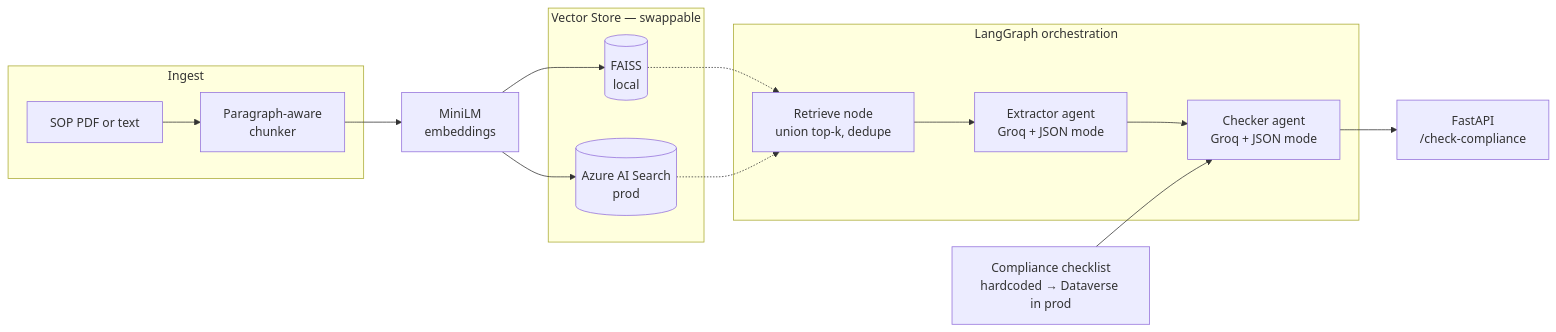
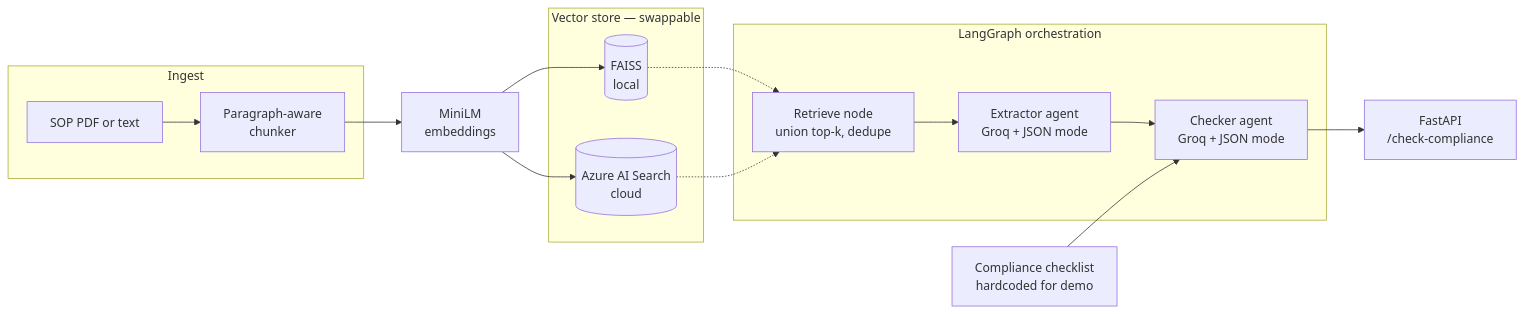
Before and after one commit to anandh1709/sop-compliance-agent: the diagram in README.md, drawn with Mermaid. The commit also changed other lines of this file, not shown here.

````diff
--- a/README.md
+++ b/README.md
@@ -47,27 +54,27 @@
 ```mermaid
 flowchart LR
     subgraph Ingest
         PDF[SOP PDF or text] --> Chunk[Paragraph-aware<br/>chunker]
     end
 
-    subgraph Index [Vector Store — swappable]
+    subgraph VectorStore [Vector store — swappable]
         FAISS[(FAISS<br/>local)]
-        Azure[(Azure AI Search<br/>prod)]
+        Azure[(Azure AI Search<br/>cloud)]
     end
 
     Chunk --> Embed[MiniLM<br/>embeddings]
     Embed --> FAISS
     Embed --> Azure
 
     subgraph Graph [LangGraph orchestration]
         Retrieve[Retrieve node<br/>union top-k, dedupe] --> Extract[Extractor agent<br/>Groq + JSON mode]
         Extract --> Check[Checker agent<br/>Groq + JSON mode]
     end
 
     FAISS -.-> Retrieve
     Azure -.-> Retrieve
 
     Check --> API[FastAPI<br/>/check-compliance]
 
-    Checklist[Compliance checklist<br/>hardcoded → Dataverse in prod] --> Check
+    Checklist[Compliance checklist<br/>hardcoded for demo] --> Check
 ```
````
